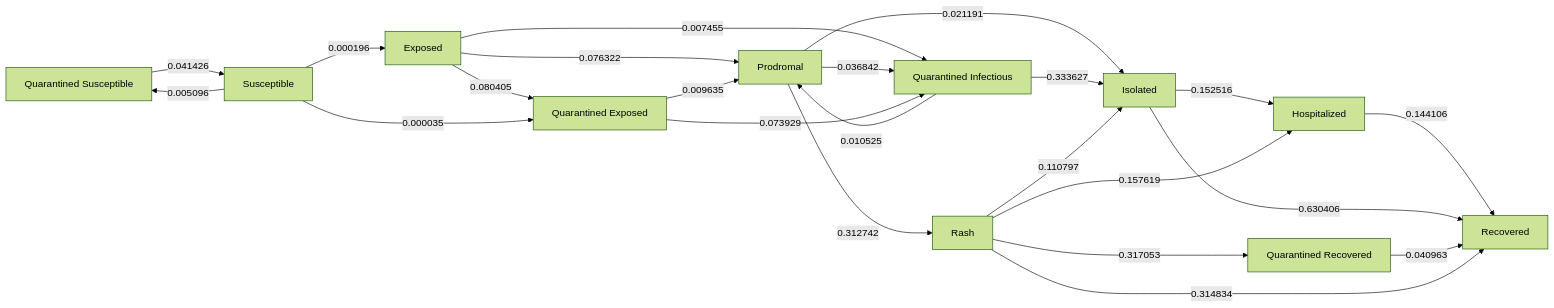
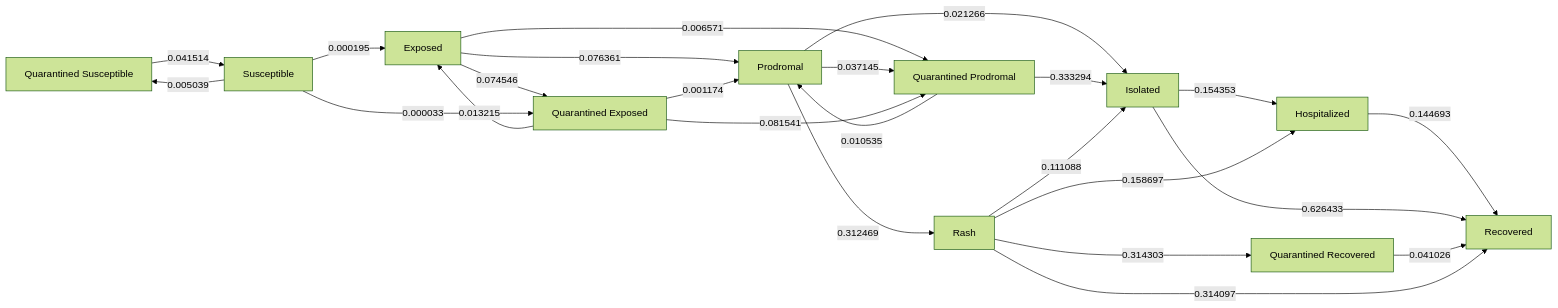
One commit to EpiForeSITE/epiworld-measles changed the diagram in school_quarantine/canyon_crest_74_npi.md. Above: the diagram before and after it, drawn with Mermaid (forest theme). The commit also changed other lines of this file and 20 other files, not shown here.

````diff
--- a/school_quarantine/canyon_crest_74_npi.md
+++ b/school_quarantine/canyon_crest_74_npi.md
@@ -135,37 +135,38 @@
 ``` mermaid
 flowchart LR
     s0[Exposed]
     s1[Hospitalized]
     s2[Isolated]
     s3[Prodromal]
     s4[Quarantined Exposed]
-    s5[Quarantined Infectious]
+    s5[Quarantined Prodromal]
     s6[Quarantined Recovered]
     s7[Quarantined Susceptible]
     s8[Rash]
     s9[Recovered]
     s10[Susceptible]
-    s0 -->|0.076322| s3
-    s0 -->|0.080405| s4
-    s0 -->|0.007455| s5
-    s1 -->|0.144106| s9
-    s2 -->|0.152516| s1
-    s2 -->|0.630406| s9
-    s3 -->|0.021191| s2
-    s3 -->|0.036842| s5
-    s3 -->|0.312742| s8
-    s4 -->|0.009635| s3
-    s4 -->|0.073929| s5
-    s5 -->|0.333627| s2
-    s5 -->|0.010525| s3
-    s6 -->|0.040963| s9
-    s7 -->|0.041426| s10
-    s8 -->|0.157619| s1
-    s8 -->|0.110797| s2
-    s8 -->|0.317053| s6
-    s8 -->|0.314834| s9
-    s10 -->|0.000196| s0
-    s10 -->|0.000035| s4
-    s10 -->|0.005096| s7
+    s0 -->|0.076361| s3
+    s0 -->|0.074546| s4
+    s0 -->|0.006571| s5
+    s1 -->|0.144693| s9
+    s2 -->|0.154353| s1
+    s2 -->|0.626433| s9
+    s3 -->|0.021266| s2
+    s3 -->|0.037145| s5
+    s3 -->|0.312469| s8
+    s4 -->|0.013215| s0
+    s4 -->|0.001174| s3
+    s4 -->|0.081541| s5
+    s5 -->|0.333294| s2
+    s5 -->|0.010535| s3
+    s6 -->|0.041026| s9
+    s7 -->|0.041514| s10
+    s8 -->|0.158697| s1
+    s8 -->|0.111088| s2
+    s8 -->|0.314303| s6
+    s8 -->|0.314097| s9
+    s10 -->|0.000195| s0
+    s10 -->|0.000033| s4
+    s10 -->|0.005039| s7
 
 ```
````
